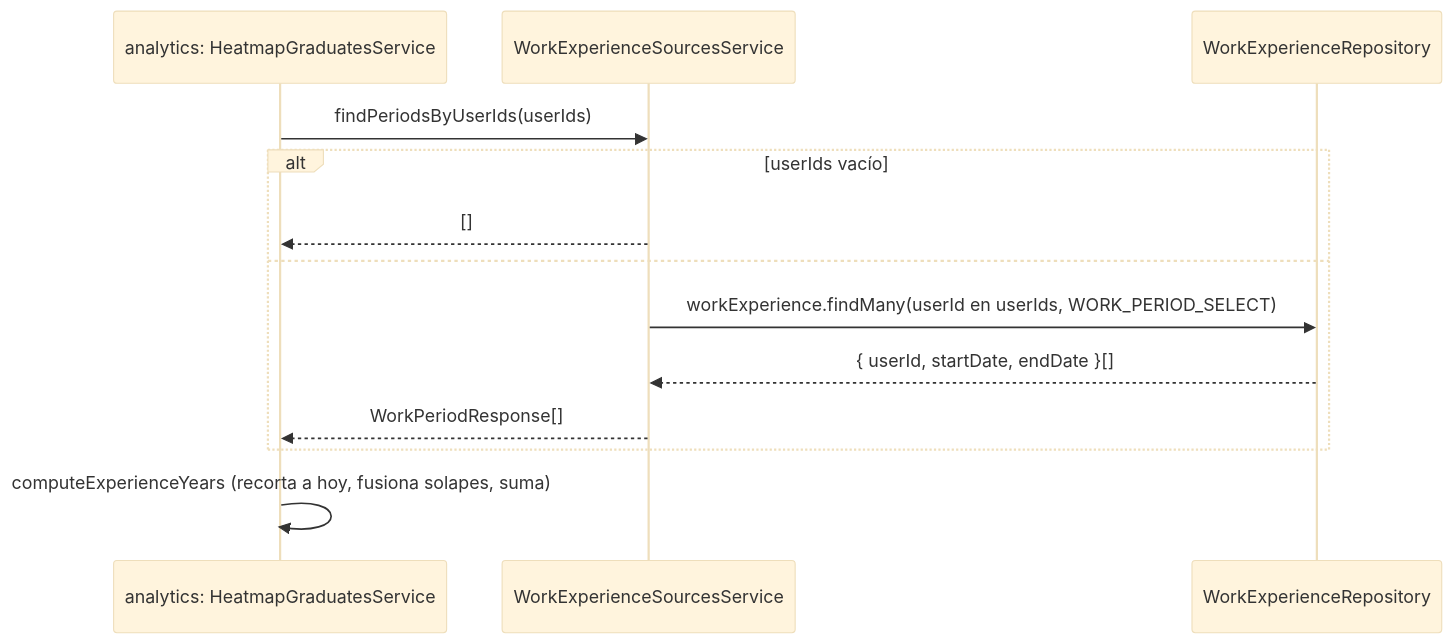
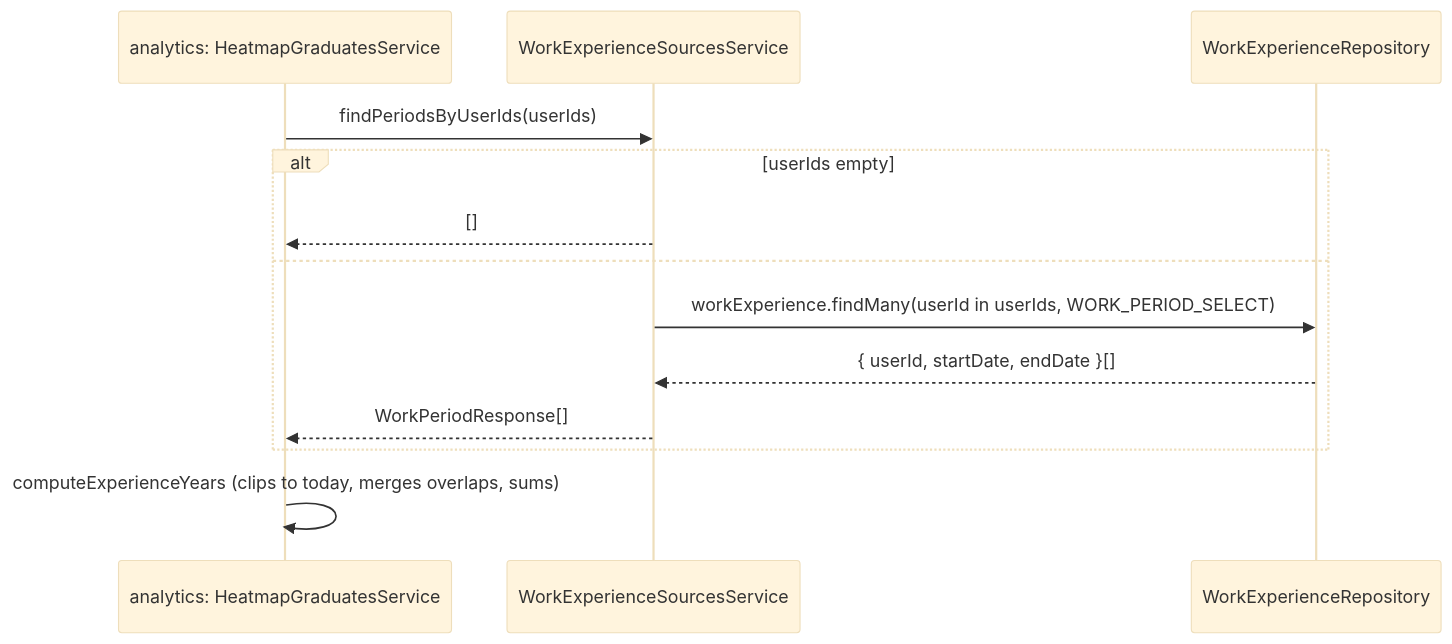
The sixth of 6 diagrams in docs/work-experience/README.md (UMSSY/umssy-app), drawn with Mermaid (base theme) before and after one commit. The commit also changed other lines of this file and 8 other files, not shown here.

````diff
--- a/docs/work-experience/README.md
+++ b/docs/work-experience/README.md
@@ -178,15 +178,15 @@
 ```mermaid
 sequenceDiagram
   participant AN as analytics: HeatmapGraduatesService
   participant S as WorkExperienceSourcesService
   participant R as WorkExperienceRepository
   AN->>S: findPeriodsByUserIds(userIds)
-  alt userIds vacío
+  alt userIds empty
     S-->>AN: []
   else
-    S->>R: workExperience.findMany(userId en userIds, WORK_PERIOD_SELECT)
+    S->>R: workExperience.findMany(userId in userIds, WORK_PERIOD_SELECT)
     R-->>S: { userId, startDate, endDate }[]
     S-->>AN: WorkPeriodResponse[]
   end
-  AN->>AN: computeExperienceYears (recorta a hoy, fusiona solapes, suma)
+  AN->>AN: computeExperienceYears (clips to today, merges overlaps, sums)
 ```
````
